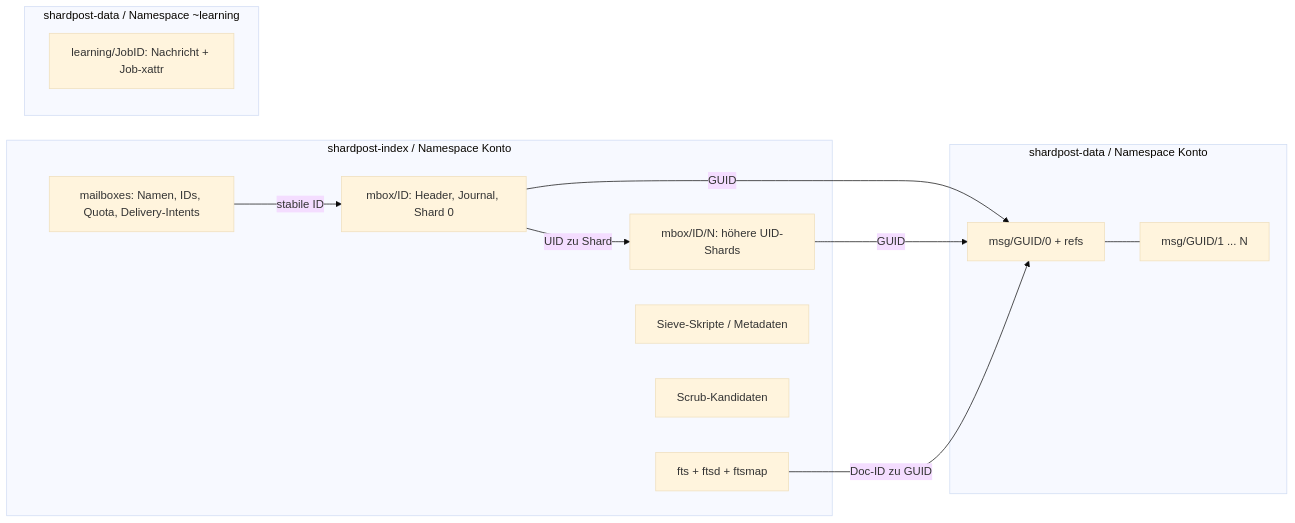
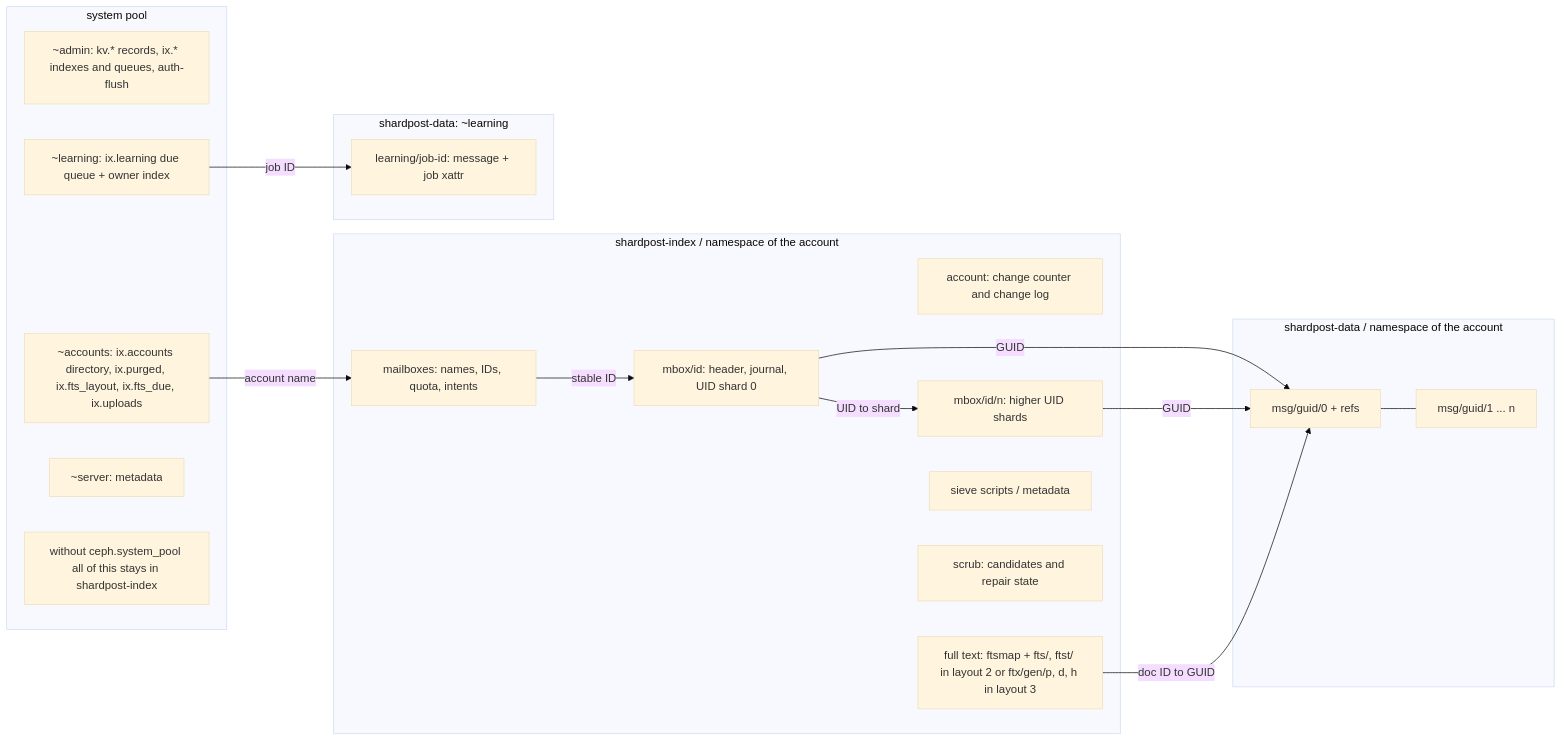
One commit to croessner/shardpost changed the diagram in docs/diagrams/storage.mmd. Above: the diagram before and after it, drawn with Mermaid (base theme). The commit also changed 19 other files, not shown here.

First line of the commit message:
docs: fix reference discrepancies, translate the old diagrams

```diff
--- a/docs/diagrams/storage.mmd
+++ b/docs/diagrams/storage.mmd
@@ -1,22 +1,32 @@
 flowchart LR
-    subgraph Index[shardpost-index / Namespace Konto]
-        Registry[mailboxes: Namen, IDs, Quota, Delivery-Intents]
-        Header[mbox/ID: Header, Journal, Shard 0]
-        Higher[mbox/ID/N: höhere UID-Shards]
-        FTS[fts + ftsd + ftsmap]
-        Scripts[Sieve-Skripte / Metadaten]
-        Scrub[Scrub-Kandidaten]
-        Registry -->|stabile ID| Header
-        Header -->|UID zu Shard| Higher
+    subgraph Index[shardpost-index / namespace of the account]
+        Registry[mailboxes: names, IDs, quota, intents]
+        Account[account: change counter and change log]
+        Header[mbox/id: header, journal, UID shard 0]
+        Higher[mbox/id/n: higher UID shards]
+        FTS[full text: ftsmap + fts/, ftst/ in layout 2 or ftx/gen/p, d, h in layout 3]
+        Scripts[sieve scripts / metadata]
+        Scrub[scrub: candidates and repair state]
+        Registry -->|stable ID| Header
+        Header -->|UID to shard| Higher
     end
-    subgraph Data[shardpost-data / Namespace Konto]
-        First[msg/GUID/0 + refs]
-        Rest[msg/GUID/1 ... N]
+    subgraph Data[shardpost-data / namespace of the account]
+        First[msg/guid/0 + refs]
+        Rest[msg/guid/1 ... n]
         First --- Rest
     end
     Header -->|GUID| First
     Higher -->|GUID| First
-    FTS -->|Doc-ID zu GUID| First
-    subgraph Learning[shardpost-data / Namespace ~learning]
-        Jobs[learning/JobID: Nachricht + Job-xattr]
+    FTS -->|doc ID to GUID| First
+    subgraph Learning[shardpost-data: ~learning]
+        Jobs[learning/job-id: message + job xattr]
     end
+    subgraph System[system pool]
+        Admin[~admin: kv.* records, ix.* indexes and queues, auth-flush]
+        Accounts[~accounts: ix.accounts directory, ix.purged, ix.fts_layout, ix.fts_due, ix.uploads]
+        LearnIx[~learning: ix.learning due queue + owner index]
+        Server[~server: metadata]
+        Note[without ceph.system_pool all of this stays in shardpost-index]
+    end
+    LearnIx -->|job ID| Jobs
+    Accounts -->|account name| Registry
```
